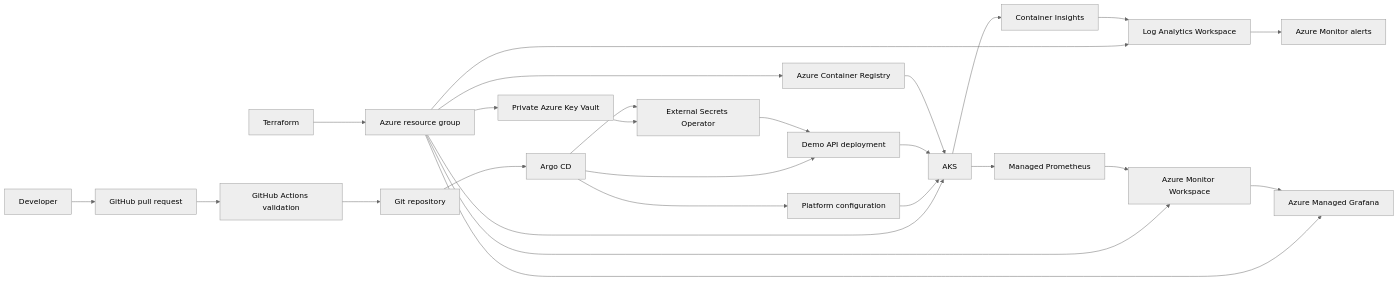
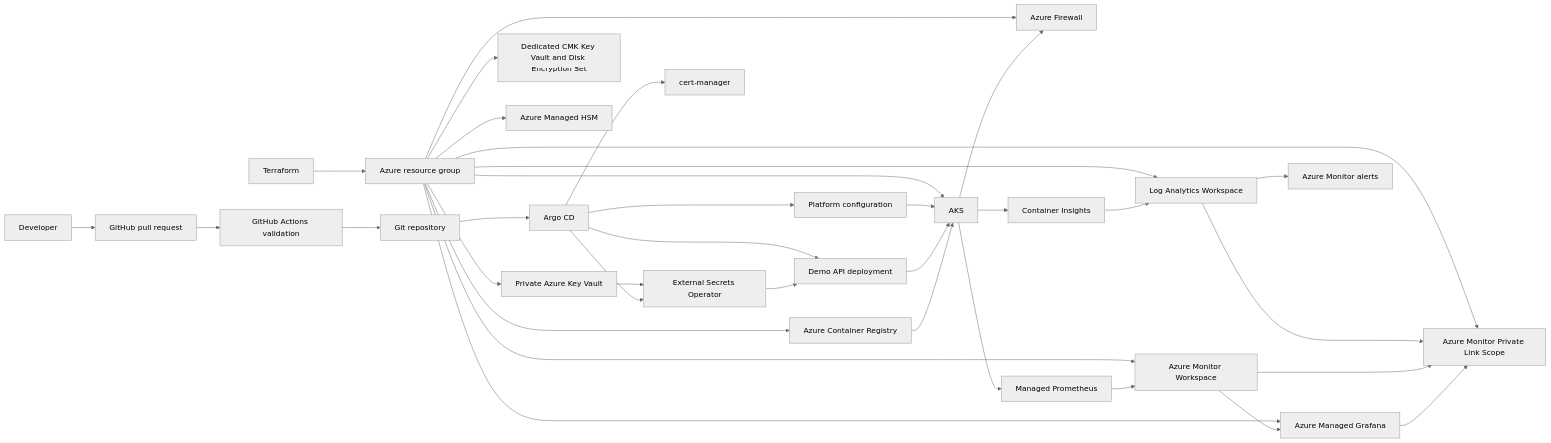
One commit to tukue/azure-platform-gitops changed the diagram in README.md. Above: the diagram before and after it, drawn with Mermaid (neutral theme). The commit also changed other lines of this file, not shown here.

````diff
--- a/README.md
+++ b/README.md
@@ -22,31 +22,40 @@
 ```mermaid
 flowchart LR
     DEV[Developer] --> PR[GitHub pull request]
     PR --> CI[GitHub Actions validation]
     CI --> GIT[Git repository]
 
     TF[Terraform] --> AZ[Azure resource group]
     AZ --> AKS[AKS]
     AZ --> ACR[Azure Container Registry]
     AZ --> LAW[Log Analytics Workspace]
     AZ --> AMW[Azure Monitor Workspace]
     AZ --> AMG[Azure Managed Grafana]
     AZ --> KV[Private Azure Key Vault]
+    AZ --> CMK[Dedicated CMK Key Vault and Disk Encryption Set]
+    AZ --> HSM[Azure Managed HSM]
+    AZ --> FW[Azure Firewall]
+    AZ --> AMPLS[Azure Monitor Private Link Scope]
 
     GIT --> ARGO[Argo CD]
     ARGO --> PLATFORM[Platform configuration]
     ARGO --> APP[Demo API deployment]
     PLATFORM --> AKS
     APP --> AKS
     ACR --> AKS
     KV --> ESO[External Secrets Operator]
     ARGO --> ESO
     ESO --> APP
 
     AKS --> CI_LOGS[Container Insights]
+    AKS --> FW
     CI_LOGS --> LAW
     AKS --> PROM[Managed Prometheus]
     PROM --> AMW
+    LAW --> AMPLS
+    AMW --> AMPLS
+    AMG --> AMPLS
     AMW --> AMG
     LAW --> ALERTS[Azure Monitor alerts]
+    ARGO --> CERT[cert-manager]
 ```
````
